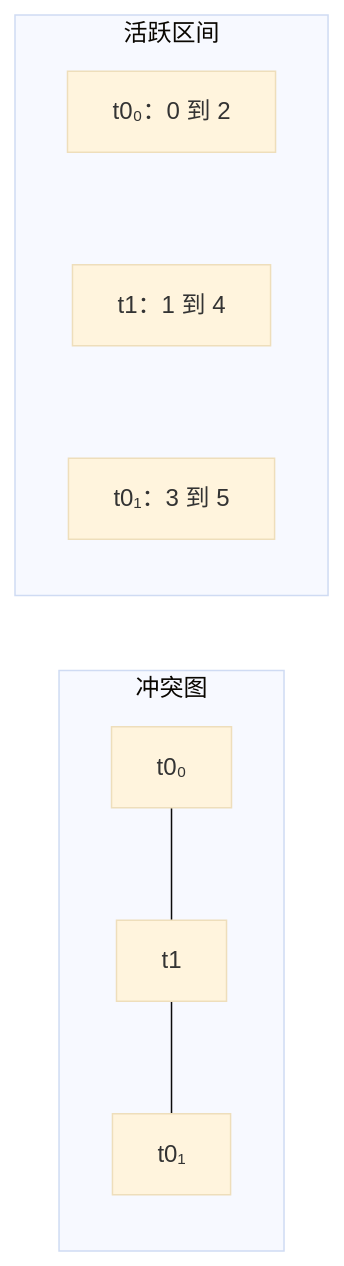
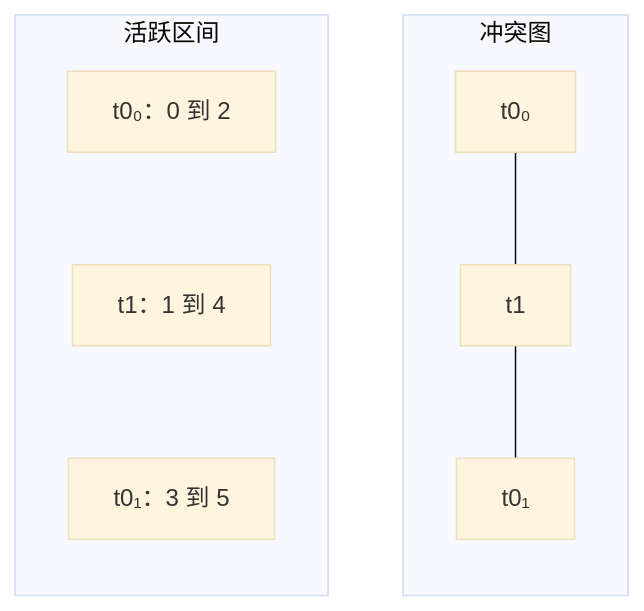
One commit to lightsmilew/compiler-principles changed the second of 3 diagrams in docs/labs/part6-target-optimization.md. Above: the diagram before and after it, drawn with Mermaid (base theme). The commit also changed other lines of this file and 24 other files, not shown here.

````diff
--- a/docs/labs/part6-target-optimization.md
+++ b/docs/labs/part6-target-optimization.md
@@ -95,12 +95,14 @@
 ```mermaid
 %% 每个值版本使用独立节点，避免把同名寄存器的两段区间误合并。
-flowchart LR
+flowchart TB
   subgraph 冲突图
+    direction TB
     A[t0₀] --- B[t1]
     B --- C[t0₁]
   end
   subgraph 活跃区间
+    direction TB
     R0["t0₀：0 到 2"] ~~~ R1["t1：1 到 4"]
     R1 ~~~ R2["t0₁：3 到 5"]
   end
 ```
````
